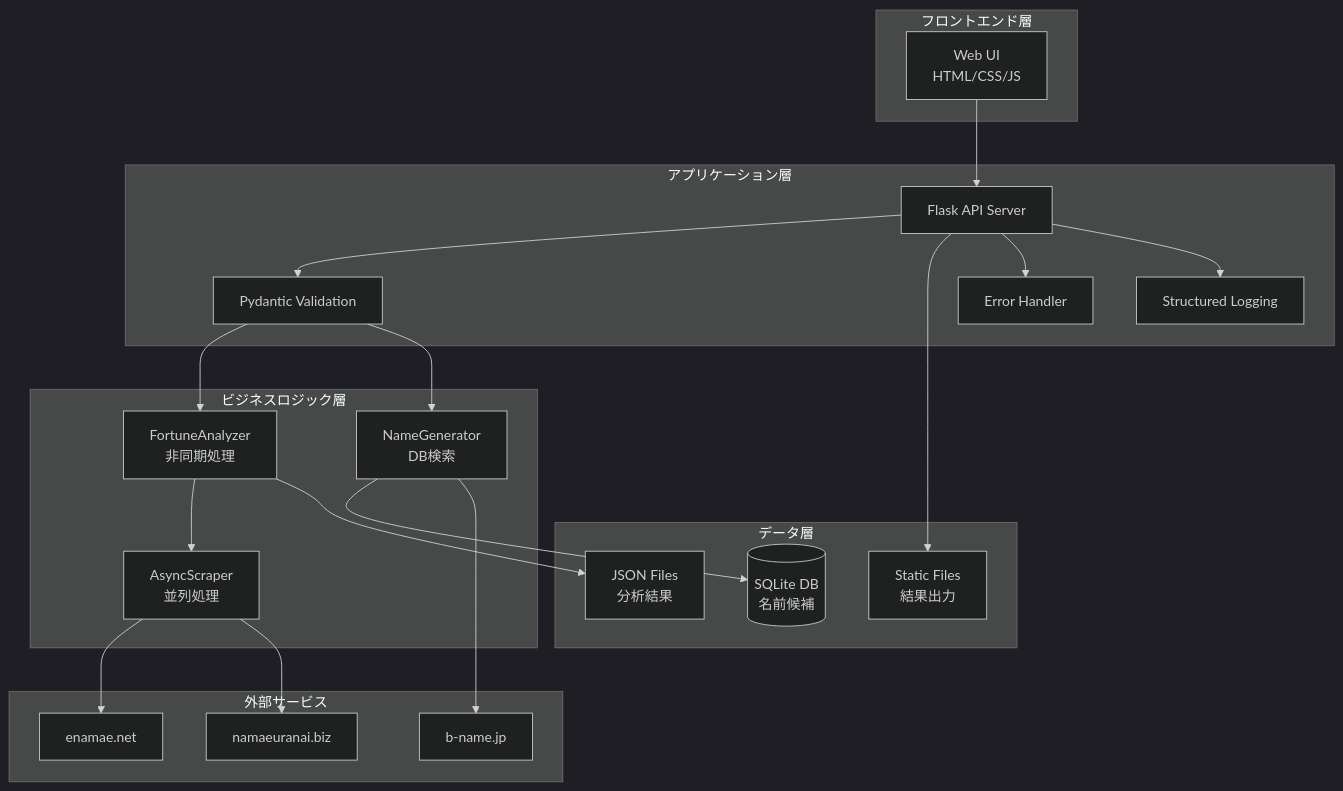
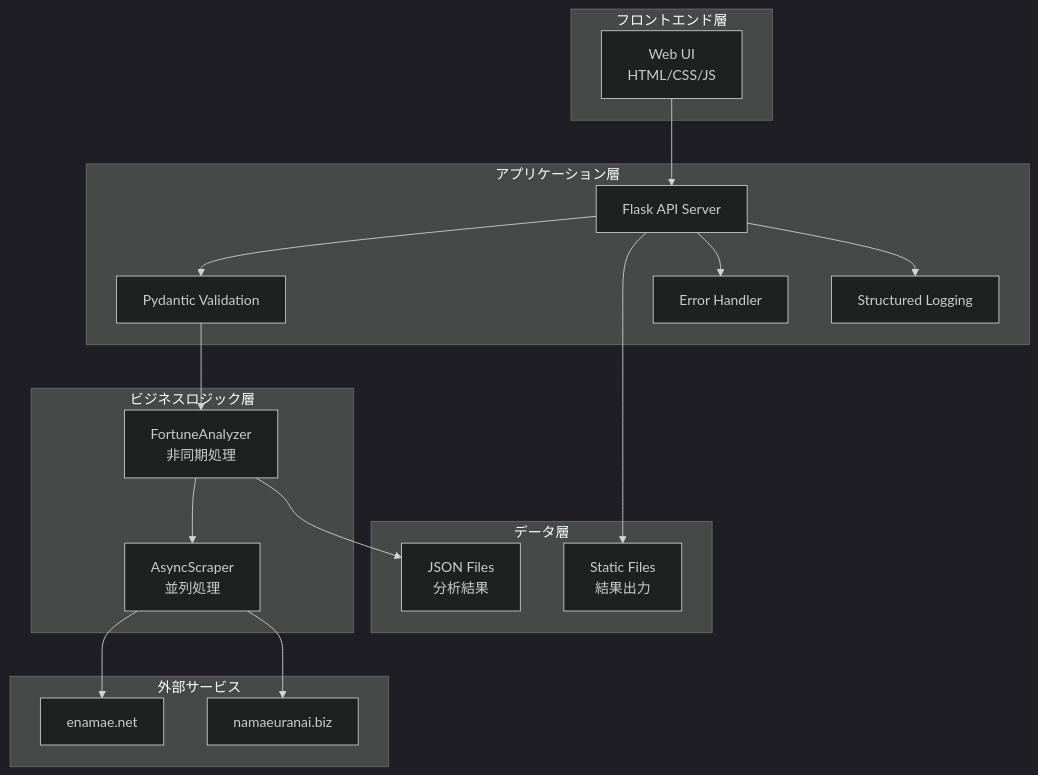
Before and after one commit to santa928/nameFortuneJp: the first of 2 diagrams in docs/仕様書.md, drawn with Mermaid (dark theme). The commit also changed other lines of this file and 19 other files, not shown here.

````diff
--- a/docs/仕様書.md
+++ b/docs/仕様書.md
@@ -6,45 +6,39 @@
 ```mermaid
 graph TB
     subgraph "フロントエンド層"
         UI[Web UI<br/>HTML/CSS/JS]
     end
 
     subgraph "アプリケーション層"
         API[Flask API Server]
         VAL[Pydantic Validation]
         ERR[Error Handler]
         LOG[Structured Logging]
     end
 
     subgraph "ビジネスロジック層"
         FA[FortuneAnalyzer<br/>非同期処理]
-        NG[NameGenerator<br/>DB検索]
         SC[AsyncScraper<br/>並列処理]
     end
 
     subgraph "データ層"
-        DB[(SQLite DB<br/>名前候補)]
         CACHE[JSON Files<br/>分析結果]
         STATIC[Static Files<br/>結果出力]
     end
 
     subgraph "外部サービス"
         E1[enamae.net]
         E2[namaeuranai.biz]
-        E3[b-name.jp]
     end
 
     UI --> API
     API --> VAL
     VAL --> FA
-    VAL --> NG
     FA --> SC
     SC --> E1
     SC --> E2
-    NG --> DB
-    NG --> E3
     FA --> CACHE
     API --> STATIC
     API --> ERR
     API --> LOG
 ```
````
